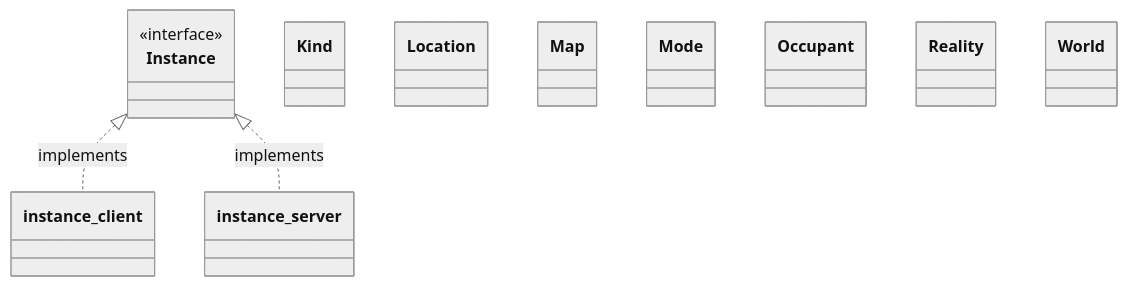
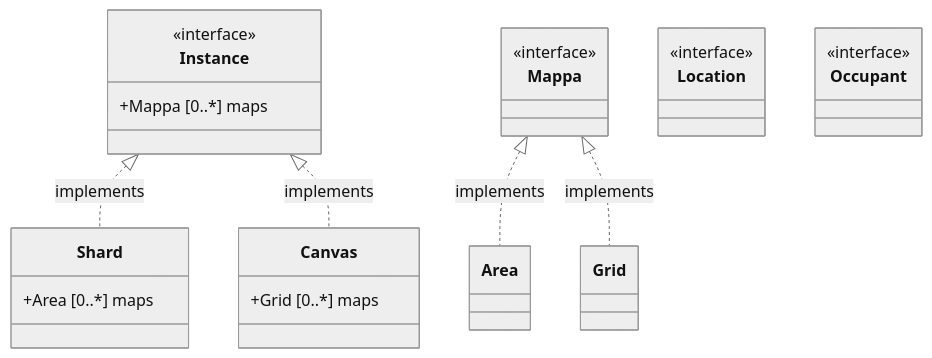
One commit to cpuabuse/dungeon-together changed the diagram in src/docs/comms.md. Above: the diagram before and after it, drawn with Mermaid (neutral theme). The commit also changed other lines of this file, not shown here.

Commit message:
Change: Docs

````diff
--- a/src/docs/comms.md
+++ b/src/docs/comms.md
@@ -20,47 +15,43 @@
 ```mermaid
 classDiagram
 	class Instance {
 		<<interface>>
-
+		+Mappa [0..*] maps
 	}
 	
-	class instance_client{
+	class Shard{
+		+Area [0..*] maps
+	}
+
+	class Canvas{
+		+Grid [0..*] maps
+	}
+
+	class Mappa{
+		<<interface>>
+	}
+
+	class Area{
 
 	}
 
-	class instance_server{
-
-	}
-
-	class Kind{
+	class Grid{
 
 	}
 
 	class Location{
-
-	}
-
-	class Map{
-
-	}
-
-	class Mode{
-
+		<<interface>>
 	}
 
 	class Occupant{
-
+		<<interface>>
 	}
 
-	class Reality{
+	%% Core
+	Instance <|.. Shard : implements
+	Instance <|.. Canvas : implements
 
-	}
-
-	class World{
-
-	}
-
-	%% Instance
-	Instance <|.. instance_client : implements
-	Instance <|.. instance_server : implements
+	%% Auxiliary
+	Mappa <|.. Area : implements
+	Mappa <|.. Grid : implements
 ```
````
